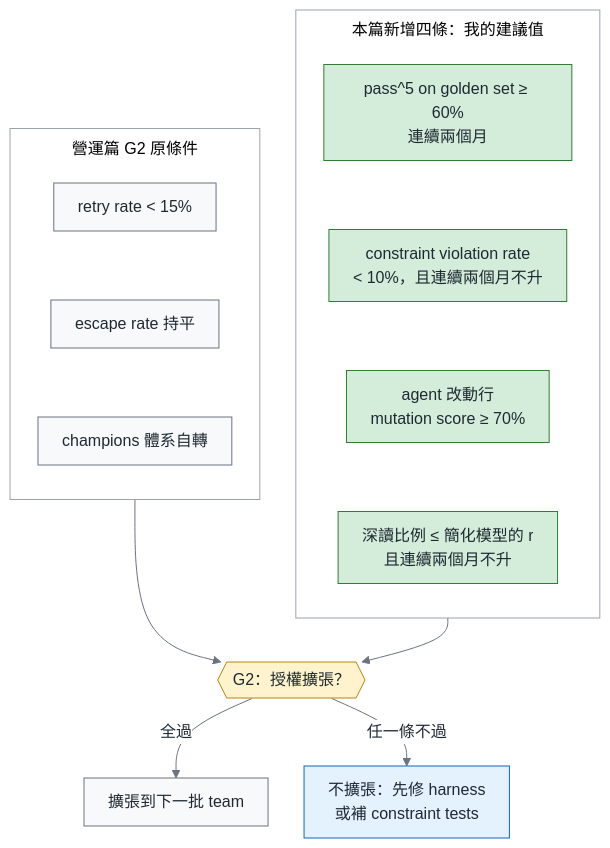
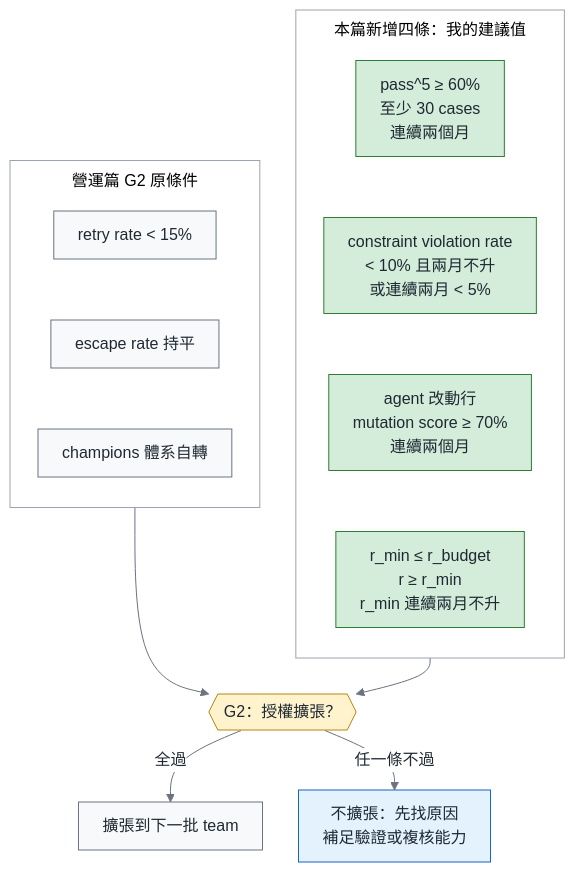
One commit to fantasybz/medium-articles changed the fourth of 4 diagrams in 2026-10-green-reliability/article.md. Above: the diagram before and after it, drawn with Mermaid. The commit also changed other lines of this file and 93 other files, not shown here.

````diff
--- a/2026-10-green-reliability/article.md
+++ b/2026-10-green-reliability/article.md
@@ -451,47 +459,47 @@
 ```mermaid
 ---
 config:
   theme: base
   themeVariables:
     fontSize: 16px
     primaryColor: "#f8f9fa"
     primaryTextColor: "#1f2933"
     primaryBorderColor: "#6b7280"
     lineColor: "#6b7280"
     secondaryColor: "#f8f9fa"
     tertiaryColor: "#ffffff"
     clusterBkg: "#ffffff"
     clusterBorder: "#9ca3af"
     edgeLabelBackground: "#ffffff"
   flowchart:
     nodeSpacing: 36
-    rankSpacing: 44
+    rankSpacing: 36
     padding: 12
     htmlLabels: true
     subGraphTitleMargin:
       top: 8
       bottom: 12
     curve: basis
 ---
 flowchart TB
     classDef own fill:#d4edda,stroke:#2e7d32,color:#1f2933
     classDef buy fill:#fff3cd,stroke:#b8860b,color:#1f2933
     classDef bad fill:#ffe0e0,stroke:#c0392b,color:#1f2933
     classDef human fill:#e3f2fd,stroke:#1565c0,color:#1f2933
     subgraph cur["營運篇 G2 原條件"]
         direction TB
         O1["retry rate #lt; 15%"] ~~~ O2["escape rate 持平"] ~~~ O3["champions 體系自轉"]
     end
     subgraph add["本篇新增四條：我的建議值"]
         direction TB
-        N1["pass^5 on golden set ≥ 60%<br/>連續兩個月"] ~~~ N2["constraint violation rate<br/>#lt; 10%，且連續兩個月不升"]
-        N2 ~~~ N3["agent 改動行<br/>mutation score ≥ 70%"] ~~~ N4["深讀比例 ≤ 簡化模型的 r<br/>且連續兩個月不升"]
+        N1["pass^5 ≥ 60%<br/>至少 30 cases<br/>連續兩個月"] ~~~ N2["constraint violation rate<br/>#lt; 10% 且兩月不升<br/>或連續兩月 #lt; 5%"]
+        N2 ~~~ N3["agent 改動行<br/>mutation score ≥ 70%<br/>連續兩個月"] ~~~ N4["r_min ≤ r_budget<br/>r ≥ r_min<br/>r_min 連續兩月不升"]
     end
     cur --> G{{"G2：授權擴張？"}}
     add --> G
     G -->|全過| Y["擴張到下一批 team"]
-    G -->|任一條不過| K["不擴張：先修 harness<br/>或補 constraint tests"]
+    G -->|任一條不過| K["不擴張：先找原因<br/>補足驗證或複核能力"]
     class N1,N2,N3,N4 own
     class G buy
     class K human
 ```
````
